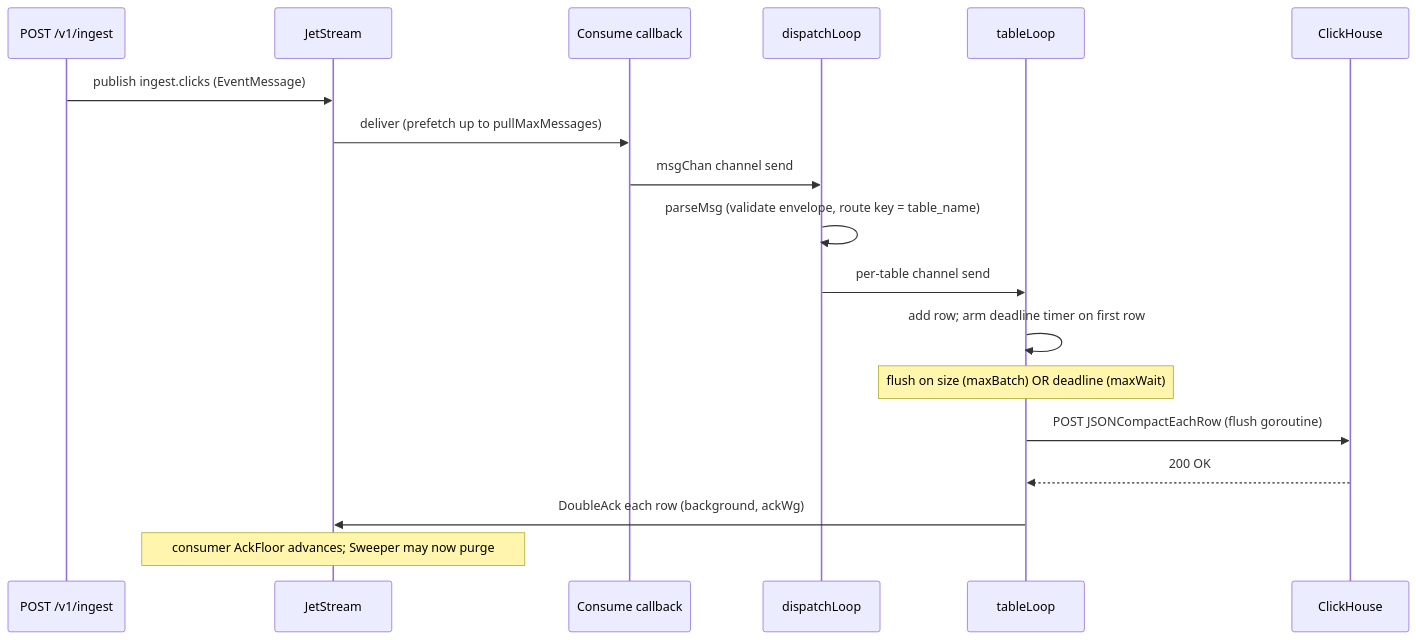
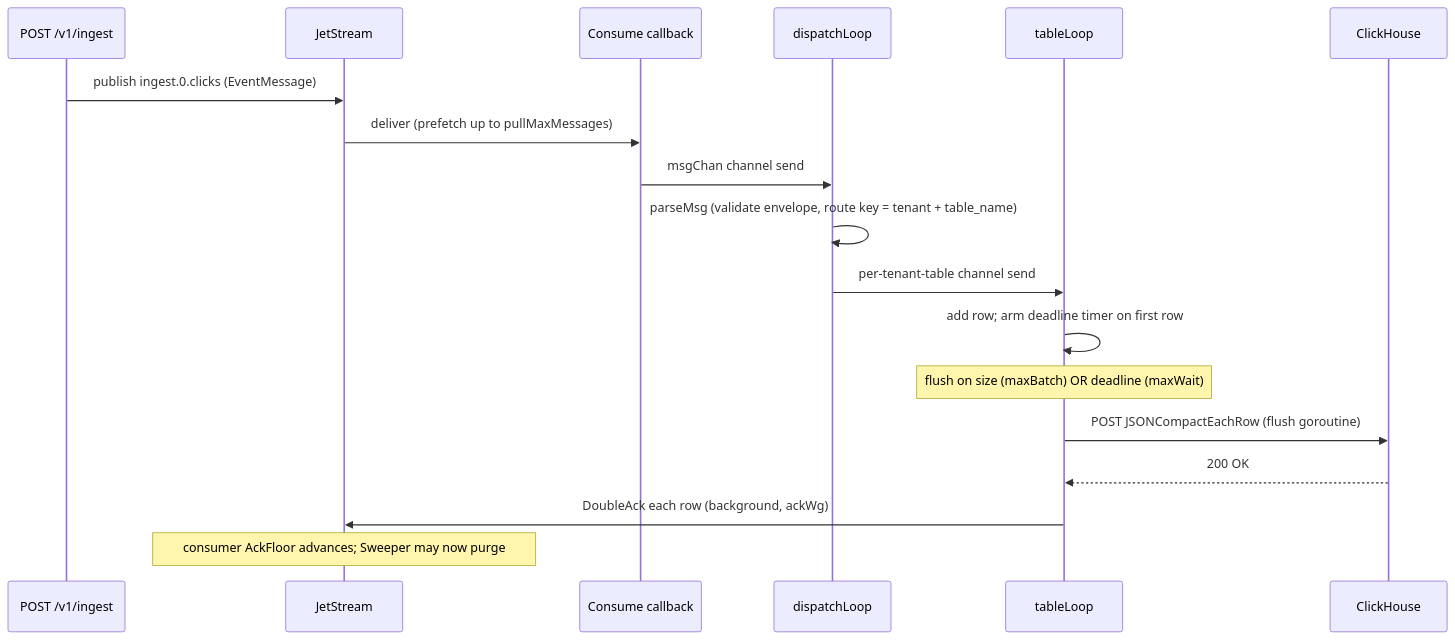
Before and after one commit to Wave-RF/WaveHouse: the second of 8 diagrams in docs/src/content/docs/ingest-pipeline.md, drawn with Mermaid. The commit also changed other lines of this file and 14 other files, not shown here.

````diff
--- a/docs/src/content/docs/ingest-pipeline.md
+++ b/docs/src/content/docs/ingest-pipeline.md
@@ -68,20 +69,20 @@
 ```mermaid
 sequenceDiagram
     participant P as POST /v1/ingest
     participant JS as JetStream
     participant CB as Consume callback
     participant D as dispatchLoop
     participant TL as tableLoop
     participant CH as ClickHouse
-    P->>JS: publish ingest.clicks (EventMessage)
+    P->>JS: publish ingest.0.clicks (EventMessage)
     JS->>CB: deliver (prefetch up to pullMaxMessages)
     CB->>D: msgChan channel send
-    D->>D: parseMsg (validate envelope, route key = table_name)
-    D->>TL: per-table channel send
+    D->>D: parseMsg (validate envelope, route key = tenant + table_name)
+    D->>TL: per-tenant-table channel send
     TL->>TL: add row#59; arm deadline timer on first row
     Note over TL: flush on size (maxBatch) OR deadline (maxWait)
     TL->>CH: POST JSONCompactEachRow (flush goroutine)
     CH-->>TL: 200 OK
     TL->>JS: DoubleAck each row (background, ackWg)
     Note over JS: consumer AckFloor advances#59; Sweeper may now purge
 ```
````
